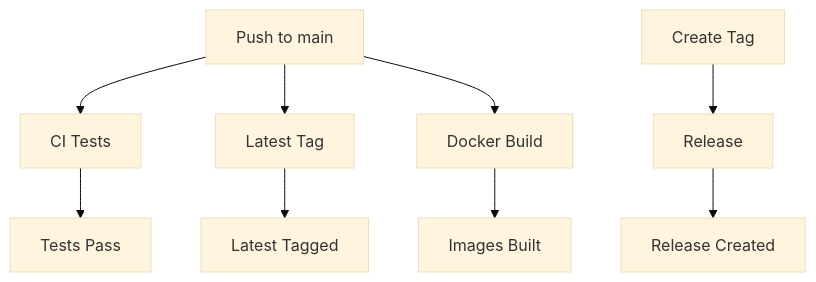
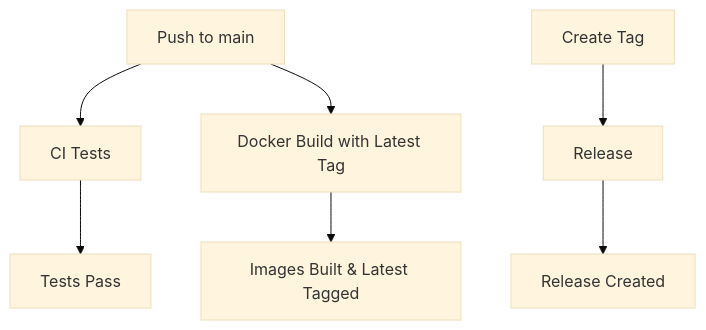
The diagram in .github/workflows/README.md (silvioheinze/isr-datasets), drawn with Mermaid (base theme) before and after one commit. The commit also changed other lines of this file and 2 other files, not shown here.

First line of the commit message:
Refactor Docker workflows for enhanced image building and tagging

````diff
--- a/.github/workflows/README.md
+++ b/.github/workflows/README.md
@@ -87,13 +79,11 @@
 ```mermaid
 graph TD
     A[Push to main] --> B[CI Tests]
-    A --> C[Latest Tag]
-    A --> D[Docker Build]
+    A --> C[Docker Build with Latest Tag]
     
     E[Create Tag] --> F[Release]
     
     B --> G[Tests Pass]
-    C --> H[Latest Tagged]
-    D --> I[Images Built]
-    F --> J[Release Created]
+    C --> H[Images Built & Latest Tagged]
+    F --> I[Release Created]
 ```
````
